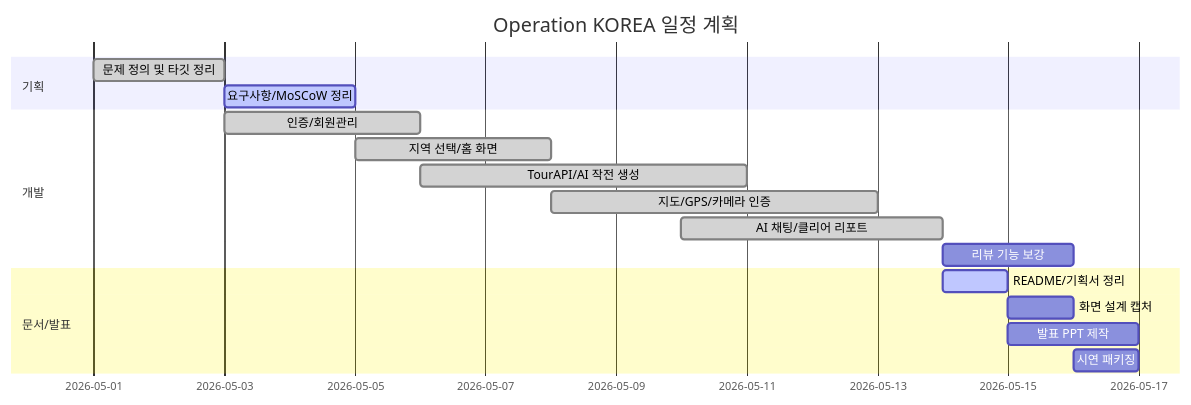
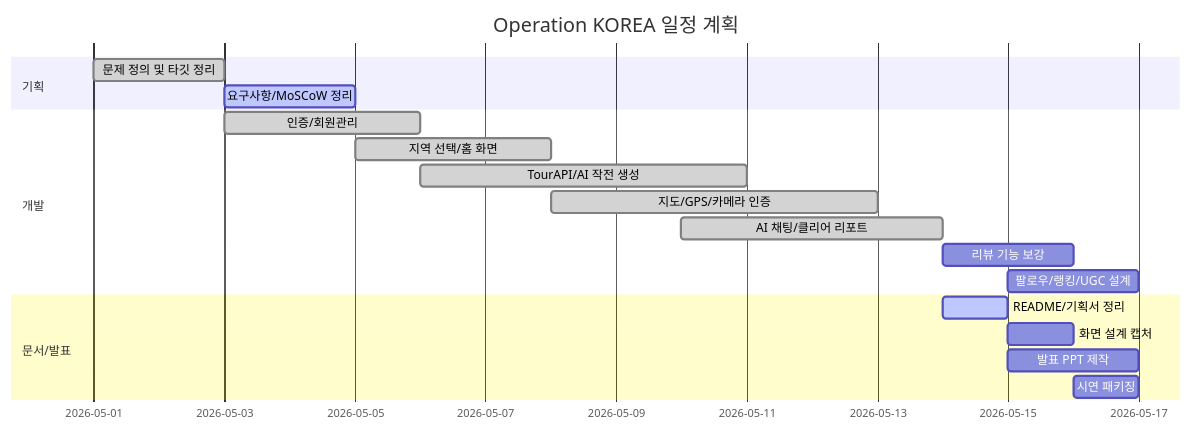
One commit to kanghyunsoon/operation-seoul changed the second of 3 diagrams in docs/PROJECT_PLANNING.md. Above: the diagram before and after it, drawn with Mermaid. The commit also changed other lines of this file and 2 other files, not shown here.

````diff
--- a/docs/PROJECT_PLANNING.md
+++ b/docs/PROJECT_PLANNING.md
@@ -242,20 +274,21 @@
 ```mermaid
 gantt
     title Operation KOREA 일정 계획
     dateFormat  YYYY-MM-DD
     section 기획
     문제 정의 및 타깃 정리           :done, p1, 2026-05-01, 2d
     요구사항/MoSCoW 정리             :active, p2, 2026-05-03, 2d
     section 개발
     인증/회원관리                    :done, d1, 2026-05-03, 3d
     지역 선택/홈 화면                :done, d2, 2026-05-05, 3d
     TourAPI/AI 작전 생성             :done, d3, 2026-05-06, 5d
     지도/GPS/카메라 인증             :done, d4, 2026-05-08, 5d
     AI 채팅/클리어 리포트             :done, d5, 2026-05-10, 4d
     리뷰 기능 보강                    :r1, 2026-05-14, 2d
+    팔로우/랭킹/UGC 설계              :r2, 2026-05-15, 2d
     section 문서/발표
     README/기획서 정리               :active, doc1, 2026-05-14, 1d
     화면 설계 캡처                   :doc2, 2026-05-15, 1d
     발표 PPT 제작                    :doc3, 2026-05-15, 2d
     시연 패키징                       :demo, 2026-05-16, 1d
 ```
````
